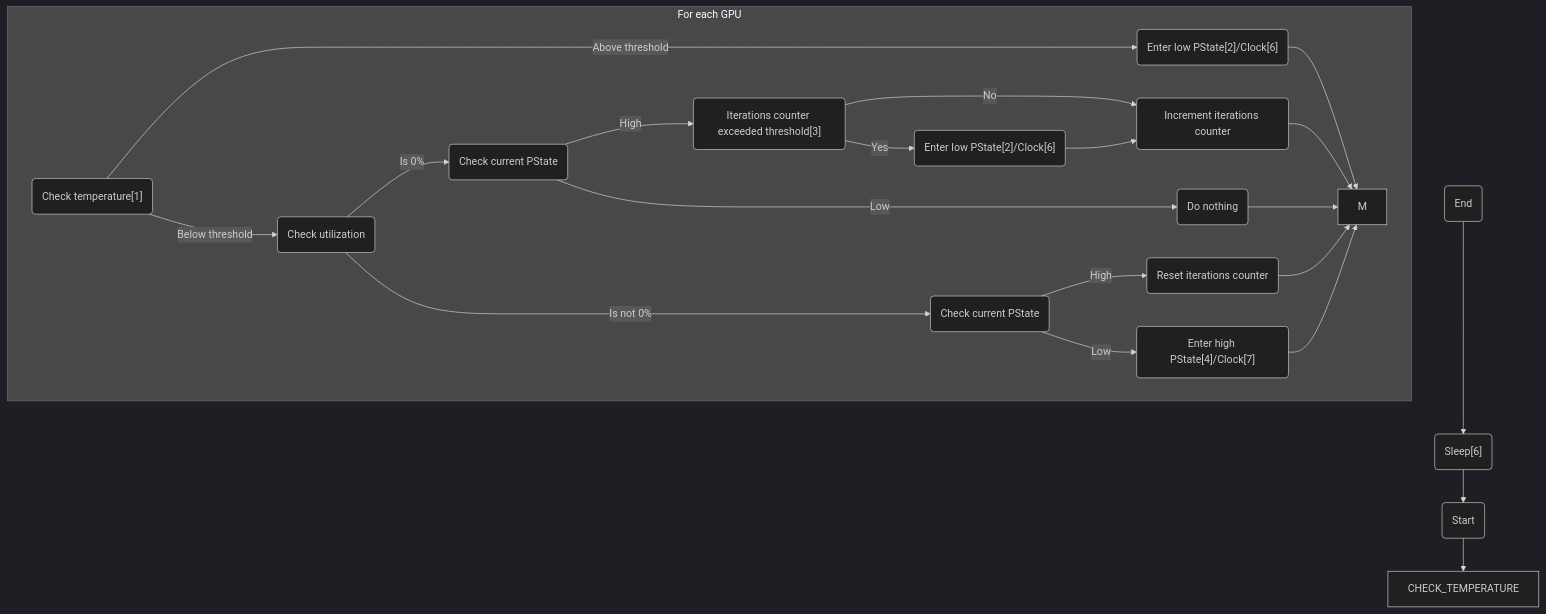
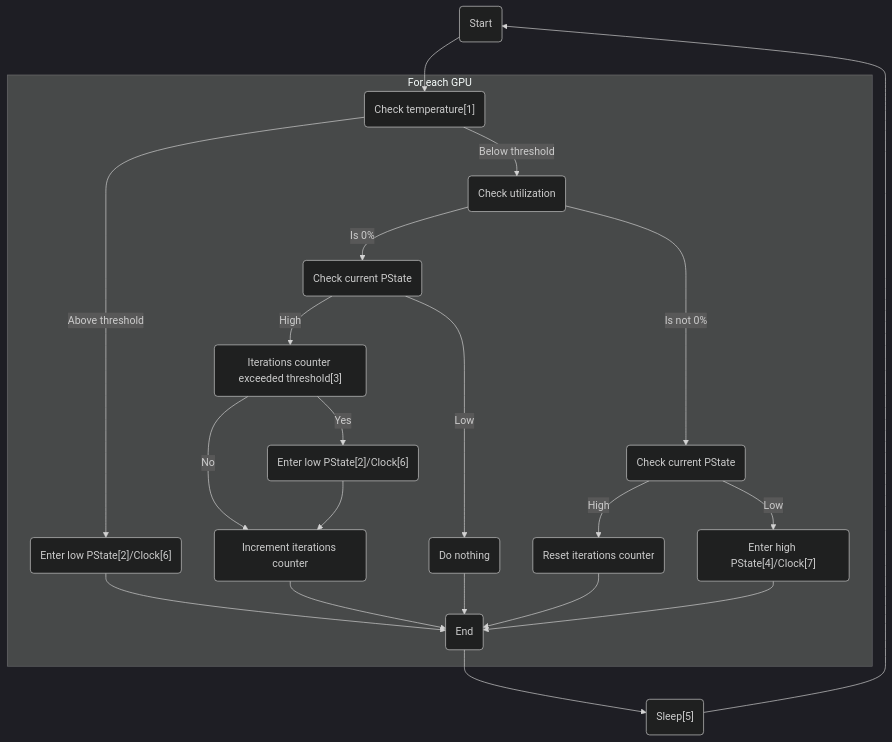
One commit to Nexesenex/nvidia-pstated.nxs changed the diagram in README.md. Above: the diagram before and after it, drawn with Mermaid (dark theme). The commit also changed other lines of this file, not shown here.

````diff
--- a/README.md
+++ b/README.md
@@ -7,24 +7,24 @@
 ```mermaid
 flowchart TD
-    START(Start) --> CHECK_TEMPERATURE
+    A(Start) --> B
     subgraph For each GPU
     B("Check temperature[1]") -->|Below threshold| D
     B("Check temperature[1]") -->|Above threshold| C
     C("Enter low PState[2]/Clock[6]") --> M
     D(Check utilization) -->|Is 0%| E
     D(Check utilization) -->|Is not 0%| J
     E(Check current PState) -->|High| F
     E(Check current PState) -->|Low| I
     F("Iterations counter exceeded threshold[3]") -->|Yes| G
     F("Iterations counter exceeded threshold[3]") -->|No| H
     G("Enter low PState[2]/Clock[6]") --> H
     H(Increment iterations counter) --> M
     I(Do nothing) --> M
     J(Check current PState) -->|High| K
     J(Check current PState) -->|Low| L
     K(Reset iterations counter) --> M
     L("Enter high PState[4]/Clock[7]") --> M
     end
-    END(End) --> SLEEP
-    SLEEP("Sleep[6]") --> START
+    M(End) --> N
+    N("Sleep[5]") --> A
 ```
````
